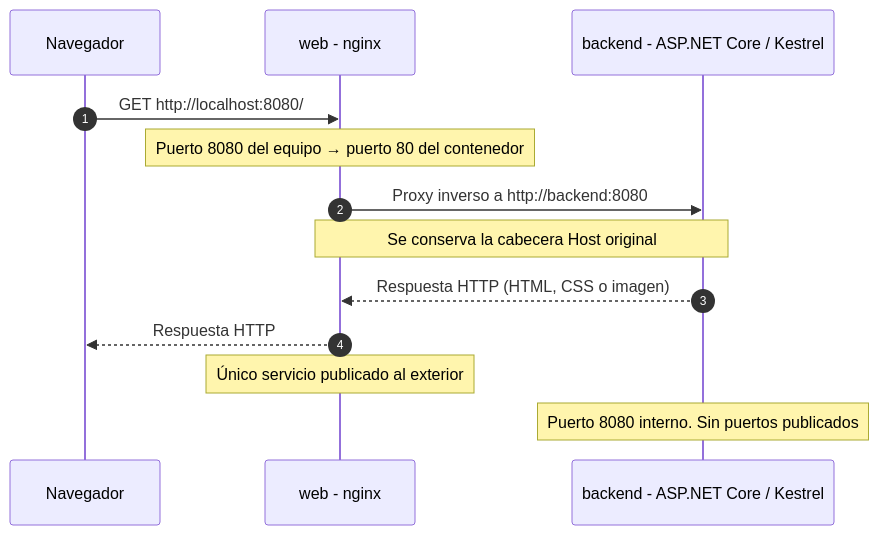
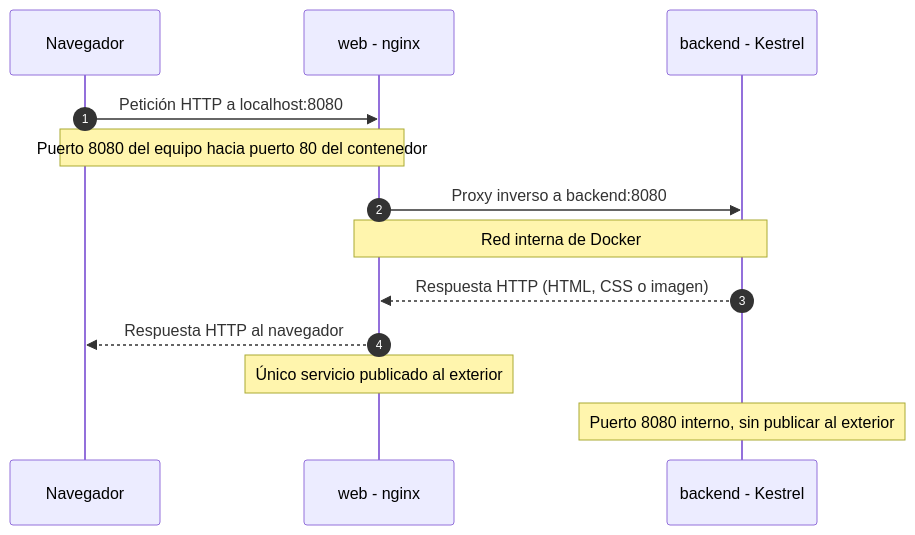
The diagram in README.md (vjp-sergioMH/Proyecto-NovaHarvest), drawn with Mermaid before and after one commit.

Commit message:
Memoria corregida

````diff
--- a/README.md
+++ b/README.md
@@ -46,18 +46,17 @@
 ```mermaid
 sequenceDiagram
     autonumber
     participant N as Navegador
     participant W as web - nginx
-    participant B as backend - ASP.NET Core / Kestrel
+    participant B as backend - Kestrel
 
-    N->>W: GET http://localhost:8080/
-    Note over W: Puerto 8080 del equipo → puerto 80 del contenedor
-    W->>B: Proxy inverso a http://backend:8080
-    Note over W,B: Se conserva la cabecera Host original
+    N->>W: Petición HTTP a localhost:8080
+    Note over N,W: Puerto 8080 del equipo hacia puerto 80 del contenedor
+    W->>B: Proxy inverso a backend:8080
+    Note over W,B: Red interna de Docker
     B-->>W: Respuesta HTTP (HTML, CSS o imagen)
-    W-->>N: Respuesta HTTP
+    W-->>N: Respuesta HTTP al navegador
 
     Note over W: Único servicio publicado al exterior
-    Note over B: Puerto 8080 interno. Sin puertos publicados
-
+    Note over B: Puerto 8080 interno, sin publicar al exterior
 ```
````
